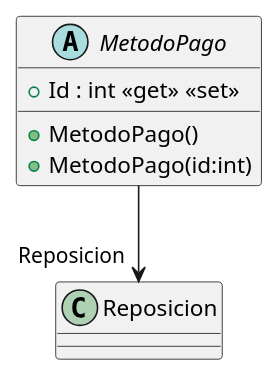
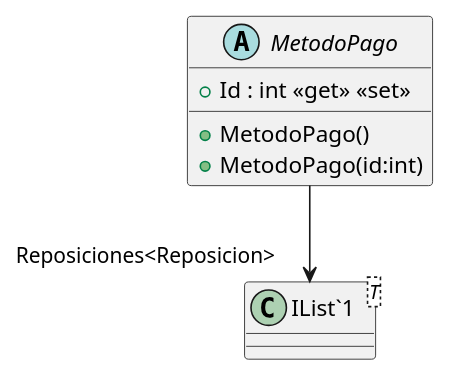
The diagram in src/AppForSEII.API/ClassDiagram/MetodoPago.puml (ISII2627LosGremlins/ISII2627LosGremlins), drawn with PlantUML before and after one commit. The commit also changed 6 other files, not shown here.

Commit message:
Cambios en Compra y diagrama CU1 terminado

```diff
--- a/src/AppForSEII.API/ClassDiagram/MetodoPago.puml
+++ b/src/AppForSEII.API/ClassDiagram/MetodoPago.puml
@@ -1,8 +1,10 @@
 @startuml
 abstract class MetodoPago {
     + MetodoPago()
     + MetodoPago(id:int)
     + Id : int <<get>> <<set>>
 }
-MetodoPago --> "Reposicion" Reposicion
+class "IList`1"<T> {
+}
+MetodoPago --> "Reposiciones<Reposicion>" "IList`1"
 @enduml
```
